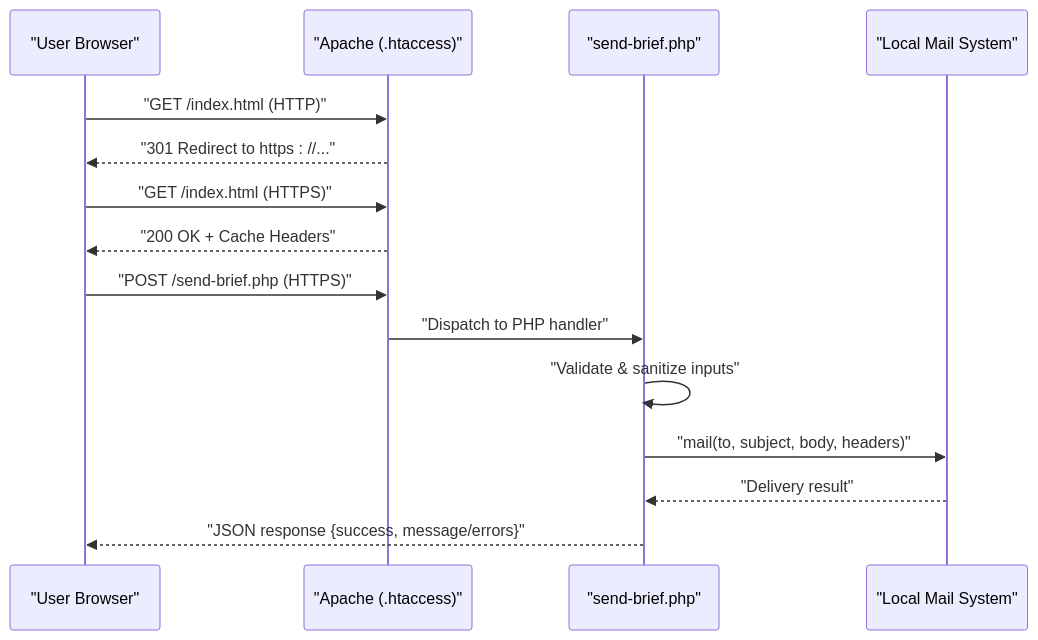
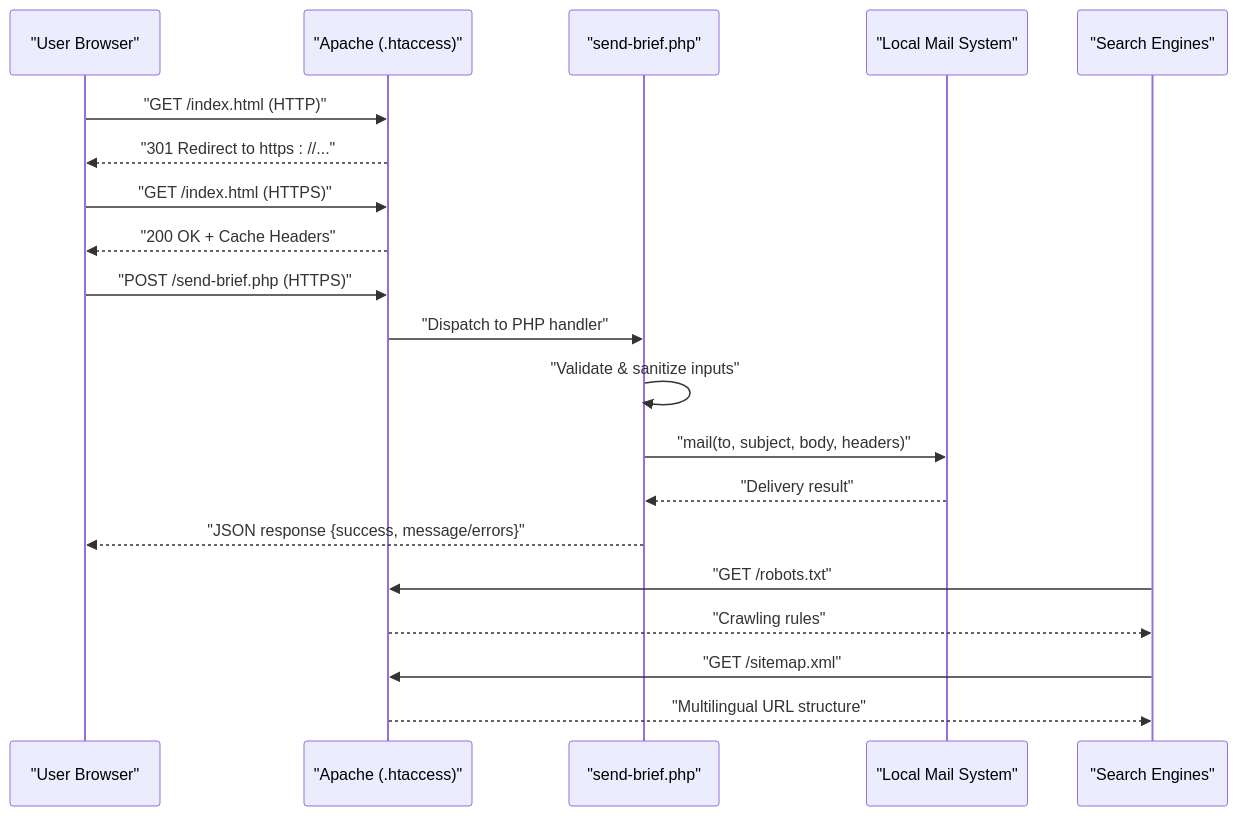
Before and after one commit to Vostrikov2014/emoo: the second of 3 diagrams in .qoder/repowiki/en/content/Deployment Checklist.md, drawn with Mermaid. The commit also changed other lines of this file and 14 other files, not shown here.

````diff
--- a/.qoder/repowiki/en/content/Deployment Checklist.md
+++ b/.qoder/repowiki/en/content/Deployment Checklist.md
@@ -83,17 +93,22 @@
 ```mermaid
 sequenceDiagram
 participant U as "User Browser"
 participant A as "Apache (.htaccess)"
 participant H as "send-brief.php"
 participant M as "Local Mail System"
+participant SE as "Search Engines"
 U->>A : "GET /index.html (HTTP)"
 A-->>U : "301 Redirect to https : //..."
 U->>A : "GET /index.html (HTTPS)"
 A-->>U : "200 OK + Cache Headers"
 U->>A : "POST /send-brief.php (HTTPS)"
 A->>H : "Dispatch to PHP handler"
 H->>H : "Validate & sanitize inputs"
 H->>M : "mail(to, subject, body, headers)"
 M-->>H : "Delivery result"
 H-->>U : "JSON response {success, message/errors}"
+SE->>A : "GET /robots.txt"
+A-->>SE : "Crawling rules"
+SE->>A : "GET /sitemap.xml"
+A-->>SE : "Multilingual URL structure"
 ```
````
